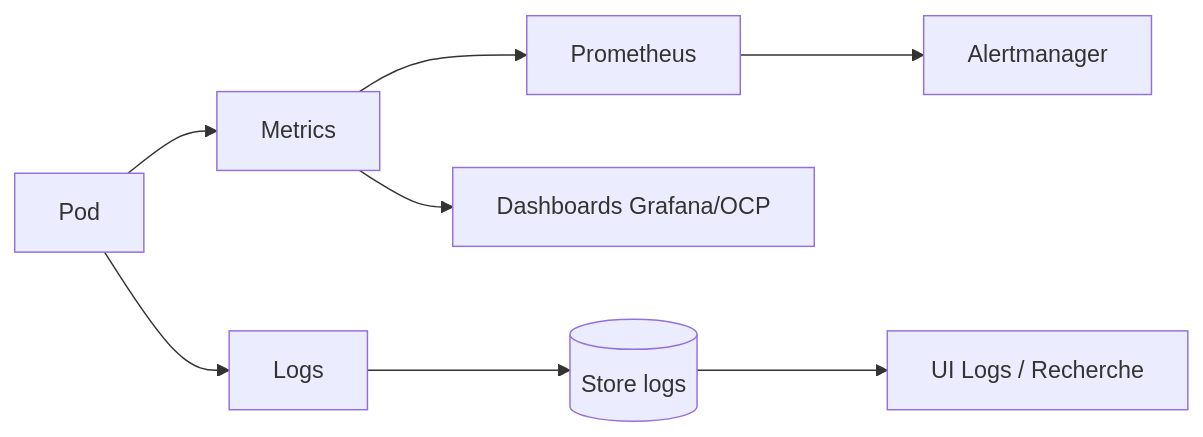
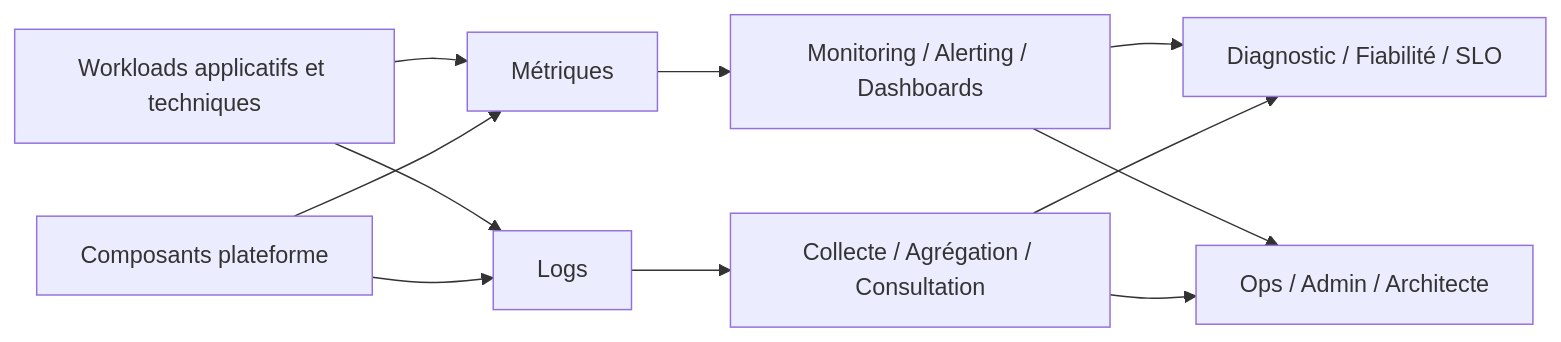
The diagram in architecture/reference-architectures/observability-sre.md (zdmooc/openshift-platform-blueprints), drawn with Mermaid before and after one commit. The commit also changed other lines of this file and 8 other files, not shown here.

Commit message:
Consolidate README, architecture docs and OpenShift guide PDF

````diff
--- a/architecture/reference-architectures/observability-sre.md
+++ b/architecture/reference-architectures/observability-sre.md
@@ -45,10 +97,13 @@
 ```mermaid
 flowchart LR
-  Pod --> Metrics[Metrics]
-  Pod --> Logs[Logs]
-  Metrics --> Prom[Prometheus]
-  Prom --> Alert[Alertmanager]
-  Metrics --> Dash[Dashboards Grafana/OCP]
-  Logs --> LogStore[(Store logs)]
-  LogStore --> Kibana[UI Logs / Recherche]
+    Workloads[Workloads applicatifs et techniques] --> Metrics[Métriques]
+    Workloads --> Logs[Logs]
+    Platform[Composants plateforme] --> Metrics
+    Platform --> Logs
+    Metrics --> Monitoring[Monitoring / Alerting / Dashboards]
+    Logs --> Logging[Collecte / Agrégation / Consultation]
+    Monitoring --> SRE[Diagnostic / Fiabilité / SLO]
+    Logging --> SRE
+    Monitoring --> Operators[Ops / Admin / Architecte]
+    Logging --> Operators
 ```
````
